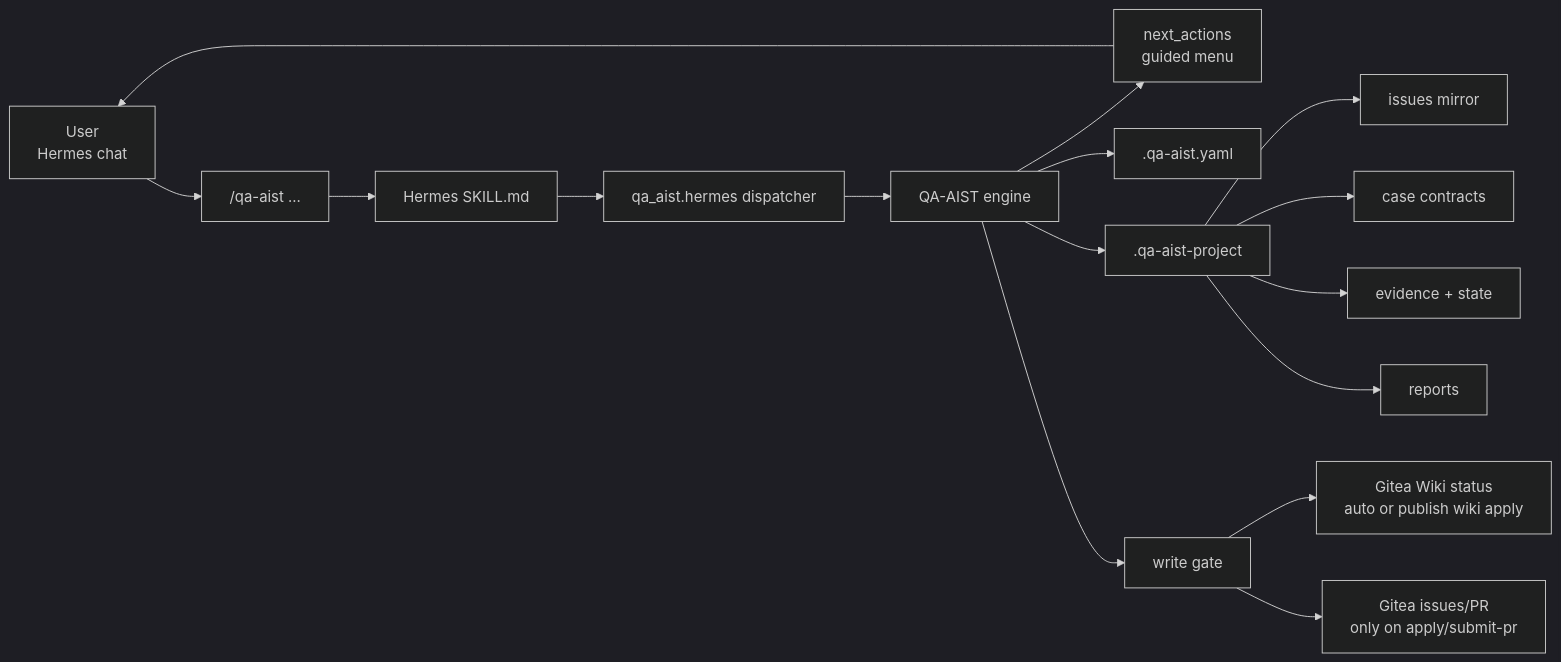
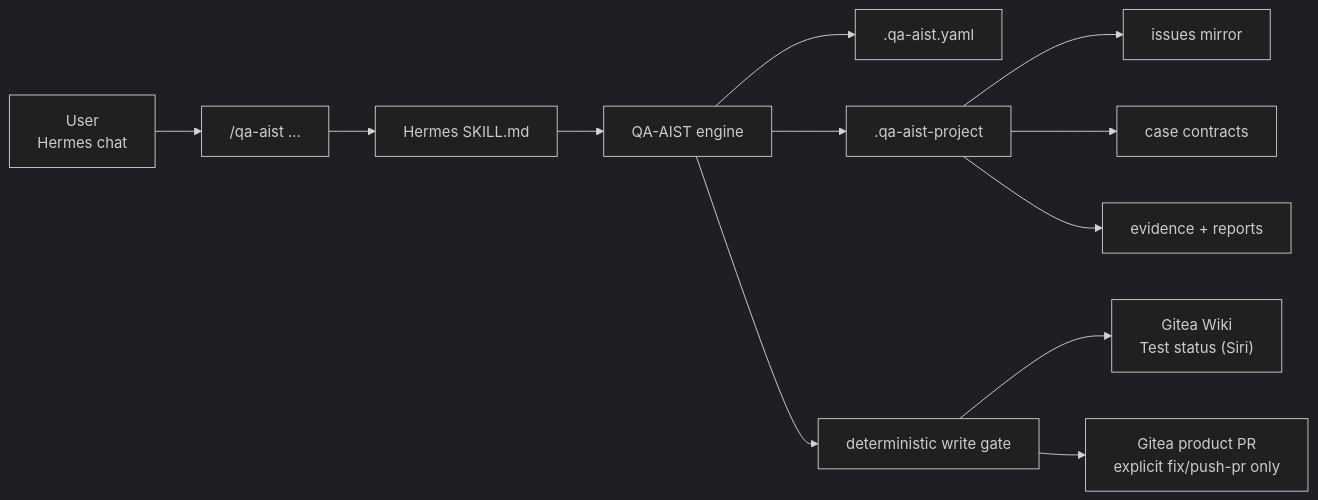
One commit to siriChiu/quality-assurance-AI-system-testing changed the first of 2 diagrams in README.md. Above: the diagram before and after it, drawn with Mermaid (dark theme). The commit also changed other lines of this file and 20 other files, not shown here.

````diff
--- a/README.md
+++ b/README.md
@@ -20,18 +20,14 @@
 ```mermaid
 flowchart LR
-  user["User<br/>Hermes chat"] --> slash["/qa-aist ..."]
-  slash --> skill["Hermes SKILL.md"]
-  skill --> dispatcher["qa_aist.hermes dispatcher"]
-  dispatcher --> engine["QA-AIST engine"]
-  engine --> next["next_actions<br/>guided menu"]
-  next --> user
-  engine --> cfg[".qa-aist.yaml"]
-  engine --> ws[".qa-aist-project"]
-  ws --> issues["issues mirror"]
-  ws --> cases["case contracts"]
-  ws --> evidence["evidence + state"]
-  ws --> reports["reports"]
-  engine --> gate["write gate"]
-  gate --> wiki["Gitea Wiki status<br/>auto or publish wiki apply"]
-  gate --> gitea["Gitea issues/PR<br/>only on apply/submit-pr"]
+  U["User<br/>Hermes chat"] --> H["/qa-aist ..."]
+  H --> S["Hermes SKILL.md"]
+  S --> E["QA-AIST engine"]
+  E --> C[".qa-aist.yaml"]
+  E --> W[".qa-aist-project"]
+  W --> I["issues mirror"]
+  W --> T["case contracts"]
+  W --> V["evidence + reports"]
+  E --> G["deterministic write gate"]
+  G --> Wiki["Gitea Wiki<br/>Test status (Siri)"]
+  G --> PR["Gitea product PR<br/>explicit fix/push-pr only"]
 ```
````
